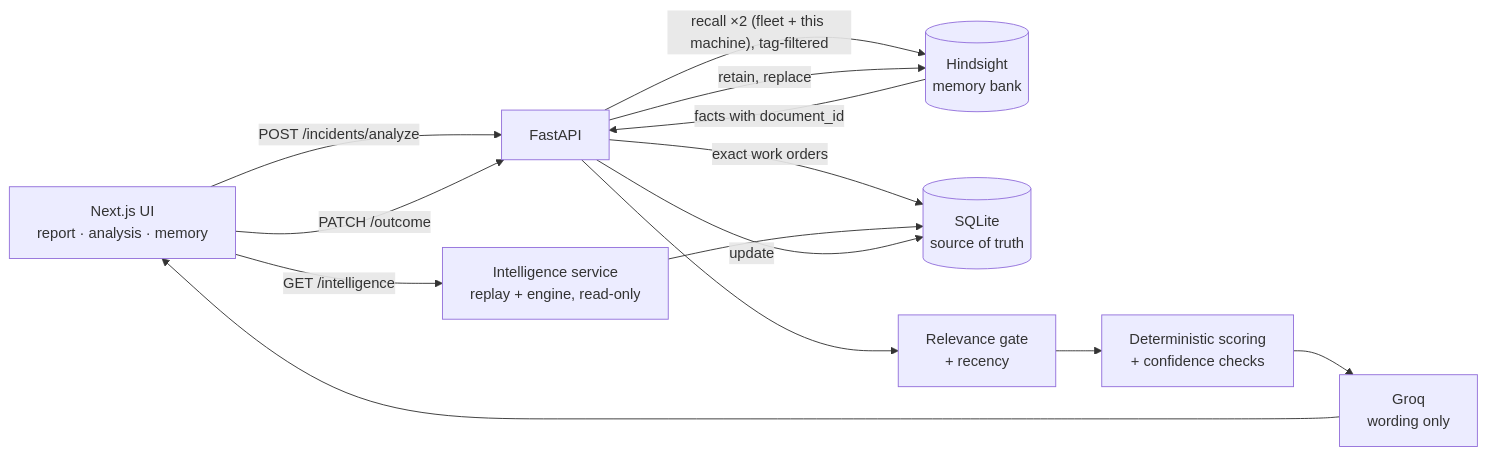
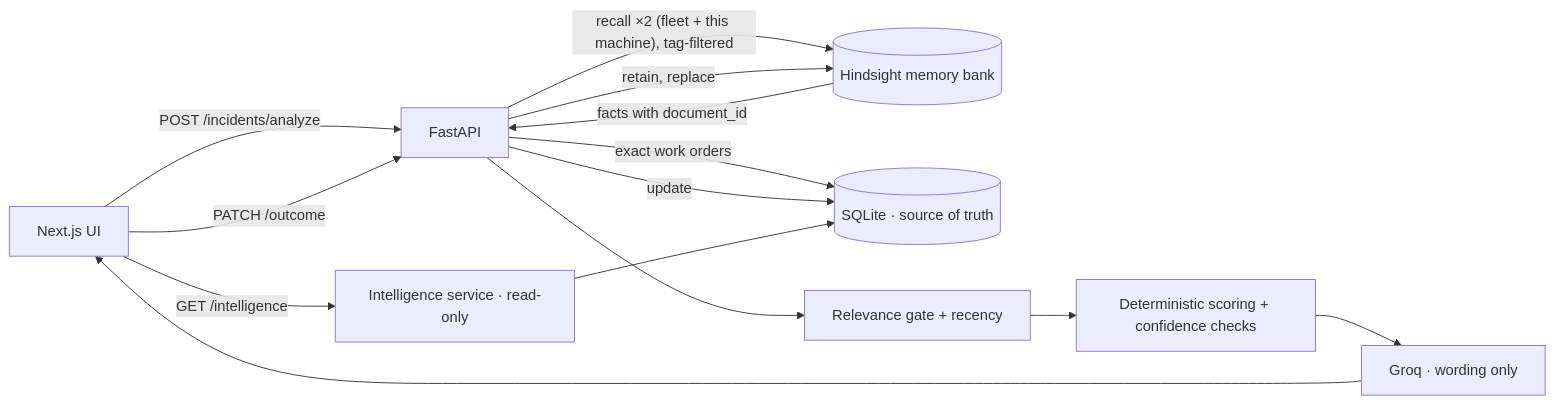
One commit to avkbsurya119/trace-engine changed the diagram in README.md. Above: the diagram before and after it, drawn with Mermaid. The commit also changed other lines of this file and 2 other files, not shown here.

````diff
--- a/README.md
+++ b/README.md
@@ -25,16 +35,15 @@
 ```mermaid
 flowchart LR
-    UI["Next.js UI<br/>report · analysis · memory"] -->|POST /incidents/analyze| API[FastAPI]
-    API -->|"recall ×2 (fleet + this machine), tag-filtered"| HS[(Hindsight<br/>memory bank)]
+    UI["Next.js UI"] -->|POST /incidents/analyze| API[FastAPI]
+    API -->|"recall ×2 (fleet + this machine), tag-filtered"| HS[(Hindsight memory bank)]
     HS -->|facts with document_id| API
-    API -->|exact work orders| DB[(SQLite<br/>source of truth)]
-    API --> GATE[Relevance gate<br/>+ recency]
-    GATE --> SCORE[Deterministic scoring<br/>+ confidence checks]
-    SCORE --> LLM[Groq<br/>wording only]
+    API -->|exact work orders| DB[(SQLite · source of truth)]
+    API --> GATE[Relevance gate + recency]
+    GATE --> SCORE[Deterministic scoring + confidence checks]
+    SCORE --> LLM[Groq · wording only]
     LLM --> UI
-    UI -->|GET /intelligence| INTEL[Intelligence service<br/>replay + engine, read-only]
-    INTEL --> DB
     UI -->|PATCH /outcome| API
     API -->|update| DB
     API -->|retain, replace| HS
+    UI -->|GET /intelligence| INTEL[Intelligence service · read-only] --> DB
 ```
````
